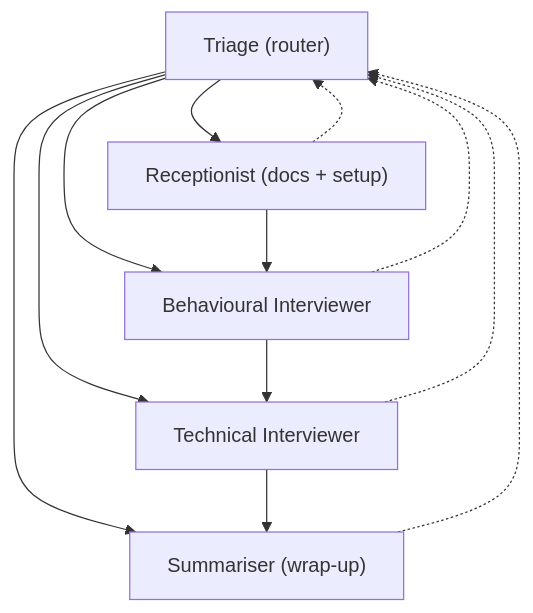
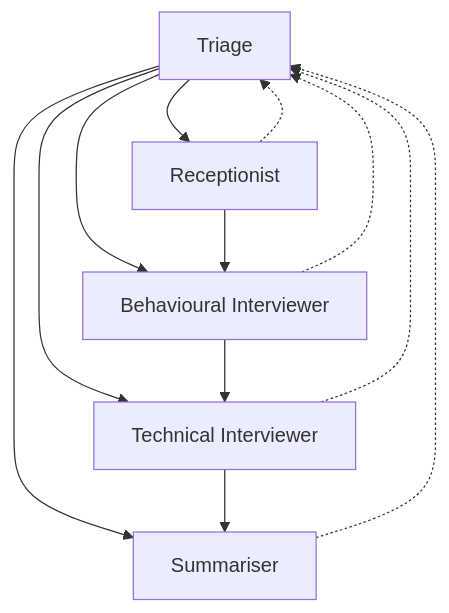
Before and after one commit to Azure-Samples/interview-coach-agent-framework: the second of 2 diagrams in docs/MULTI-AGENT.md, drawn with Mermaid. The commit also changed other lines of this file and 36 other files, not shown here.

````diff
--- a/docs/MULTI-AGENT.md
+++ b/docs/MULTI-AGENT.md
@@ -69,20 +48,20 @@
 ```mermaid
 graph TD
-    T["Triage (router)"]
-    R["Receptionist (docs + setup)"]
+    T["Triage"]
+    R["Receptionist"]
     B["Behavioural Interviewer"]
     TI["Technical Interviewer"]
-    S["Summariser (wrap-up)"]
+    S["Summariser"]
 
     T --> R
     T --> B
     T --> TI
     T --> S
     R --> B
     B --> TI
     TI --> S
     R -.-> T
     B -.-> T
     TI -.-> T
     S -.-> T
 ```
````
